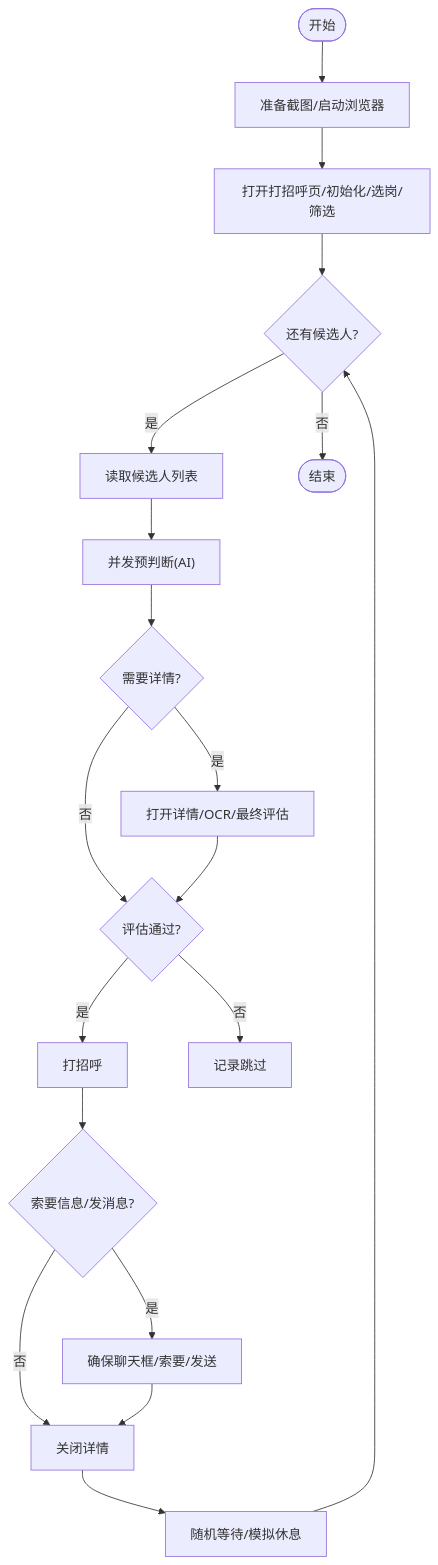
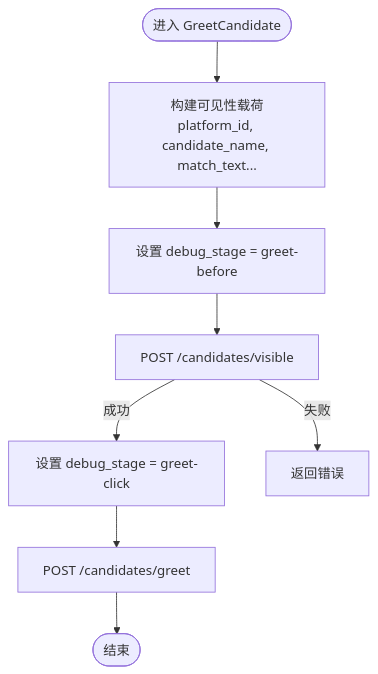
One commit to alvinwangzi/goodhr changed the third of 4 diagrams in .qoder/repowiki/zh/content/本地执行器/平台适配器/智联招聘适配器/自动问候.md. Above: the diagram before and after it, drawn with Mermaid. The commit also changed other lines of this file and 149 other files, not shown here.

````diff
--- a/.qoder/repowiki/zh/content/本地执行器/平台适配器/智联招聘适配器/自动问候.md
+++ b/.qoder/repowiki/zh/content/本地执行器/平台适配器/智联招聘适配器/自动问候.md
@@ -138,21 +119,10 @@
 ```mermaid
 flowchart TD
-Start(["开始"]) --> Prep["准备截图/启动浏览器"]
-Prep --> OpenPage["打开打招呼页/初始化/选岗/筛选"]
-OpenPage --> Batch{"还有候选人?"}
-Batch --> |是| Read["读取候选人列表"]
-Read --> Preview["并发预判断(AI)"]
-Preview --> Decide{"需要详情?"}
-Decide --> |否| GreetCheck{"评估通过?"}
-Decide --> |是| Detail["打开详情/OCR/最终评估"]
-Detail --> GreetCheck
-GreetCheck --> |是| Greet["打招呼"]
-GreetCheck --> |否| Skip["记录跳过"]
-Greet --> Chat{"索要信息/发消息?"}
-Chat --> |是| EnsureChat["确保聊天框/索要/发送"]
-Chat --> |否| CloseDetail["关闭详情"]
-EnsureChat --> CloseDetail
-CloseDetail --> Rest["随机等待/模拟休息"]
-Rest --> Batch
-Batch --> |否| End(["结束"])
+Start(["进入 GreetCandidate"]) --> Build["构建可见性载荷<br/>platform_id, candidate_name, match_text..."]
+Build --> Stage1["设置 debug_stage = greet-before"]
+Stage1 --> CallVisible["POST /candidates/visible"]
+CallVisible --> |成功| Stage2["设置 debug_stage = greet-click"]
+CallVisible --> |失败| ReturnErr["返回错误"]
+Stage2 --> CallGreet["POST /candidates/greet"]
+CallGreet --> End(["结束"])
 ```
````
